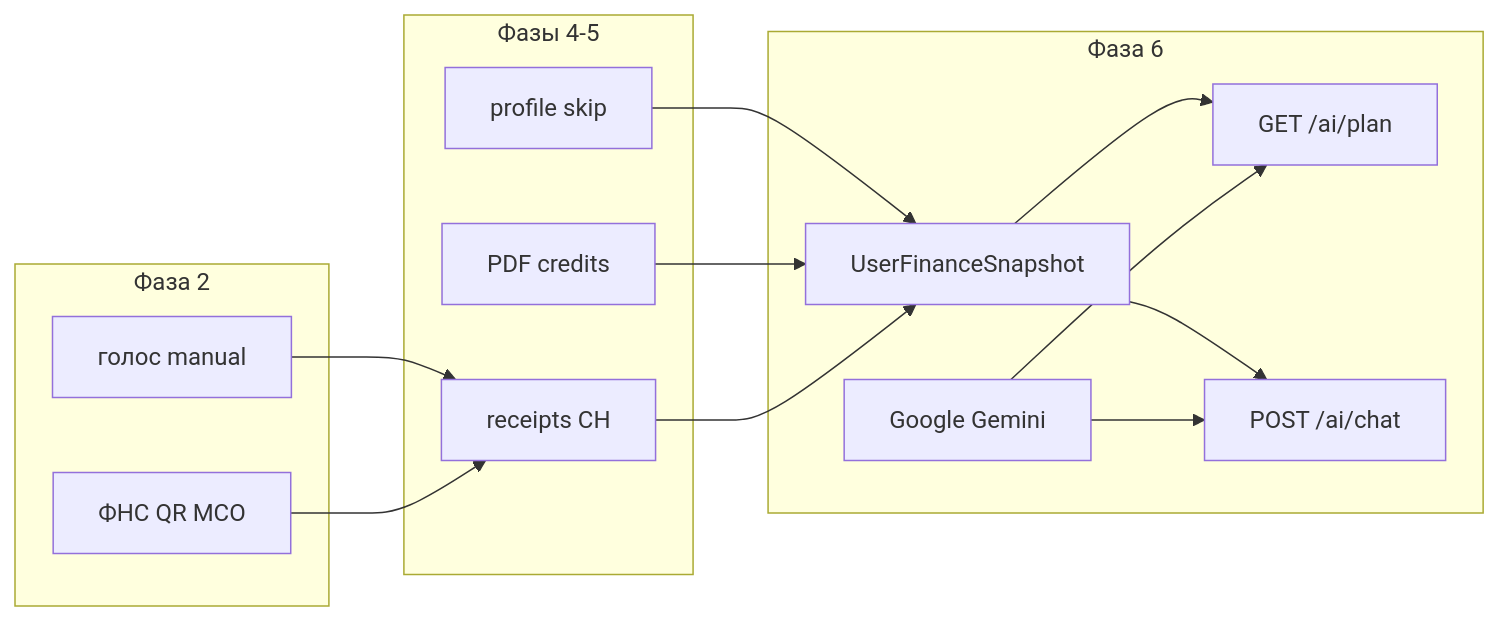
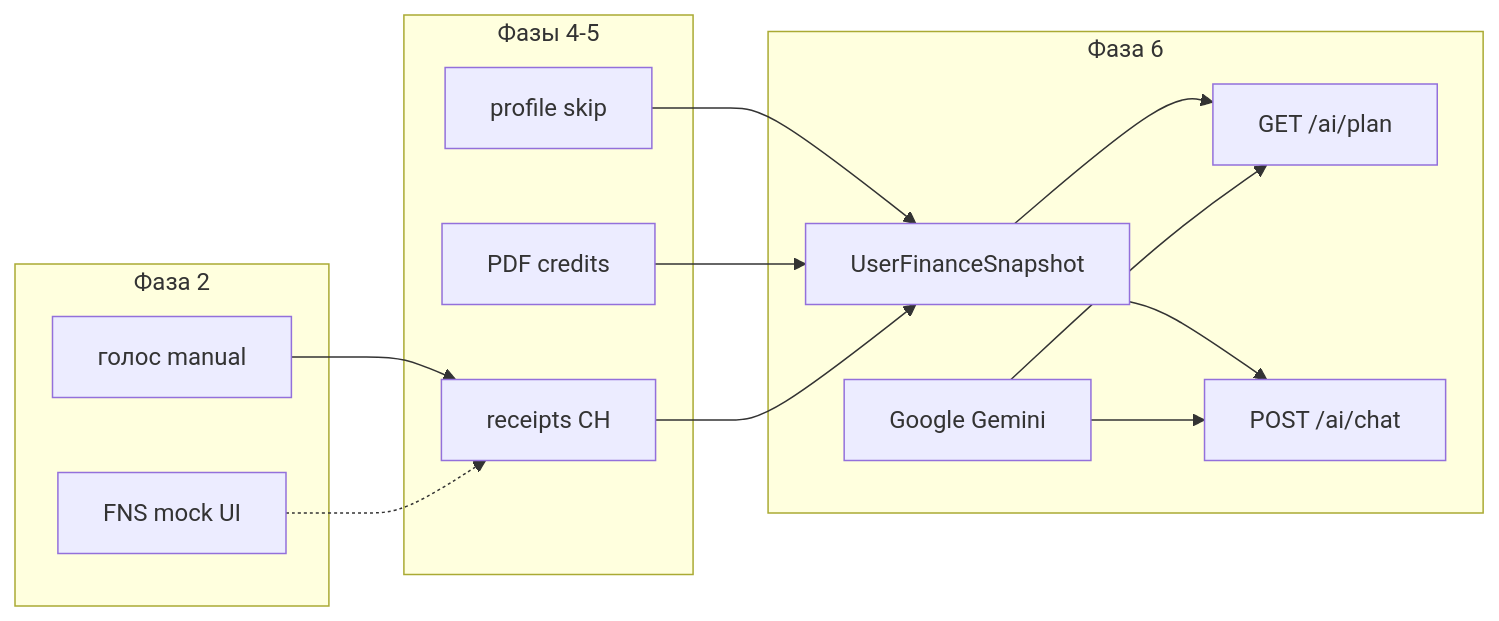
Before and after one commit to Timoxa760/RK_J: the diagram in docs/phases/phases.md, drawn with Mermaid. The commit also changed other lines of this file and 33 other files, not shown here.

````diff
--- a/docs/phases/phases.md
+++ b/docs/phases/phases.md
@@ -84,27 +83,27 @@
 ```mermaid
 flowchart LR
   subgraph ingest [Фаза 2]
     Voice[голос manual]
-    FNS[ФНС QR MCO]
+    FNSmock[FNS mock UI]
   end
   subgraph data [Фазы 4-5]
     Profile[profile skip]
     Credits[PDF credits]
     Expenses[receipts CH]
   end
   subgraph ai [Фаза 6]
     Snap[UserFinanceSnapshot]
     Plan["GET /ai/plan"]
     Chat["POST /ai/chat"]
     Gemini[Google Gemini]
   end
   Voice --> Expenses
-  FNS --> Expenses
+  FNSmock -.-> Expenses
   Profile --> Snap
   Credits --> Snap
   Expenses --> Snap
   Snap --> Plan
   Snap --> Chat
   Gemini --> Plan
   Gemini --> Chat
 ```
````
